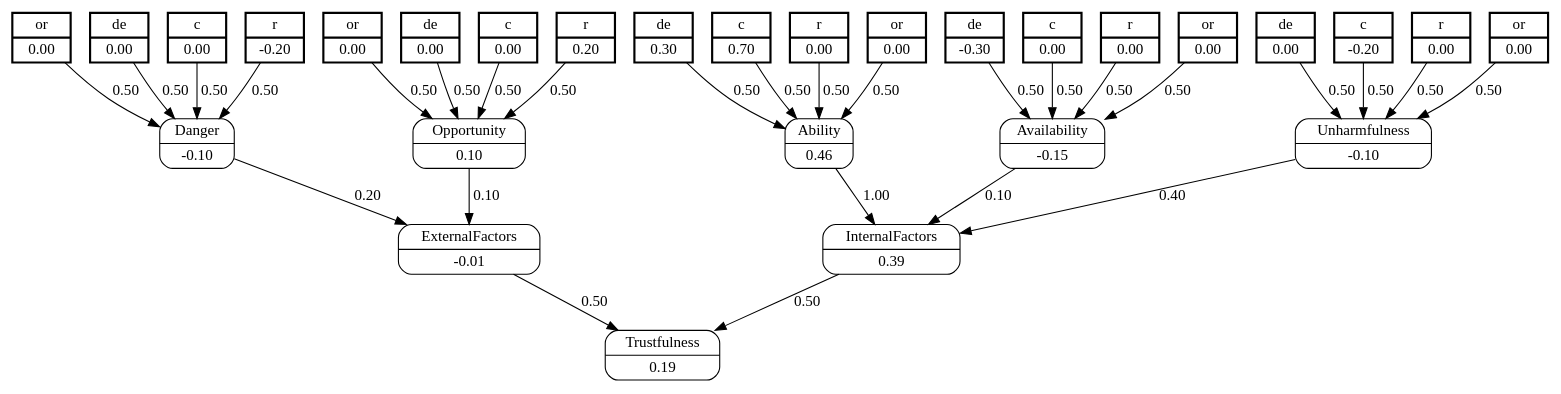
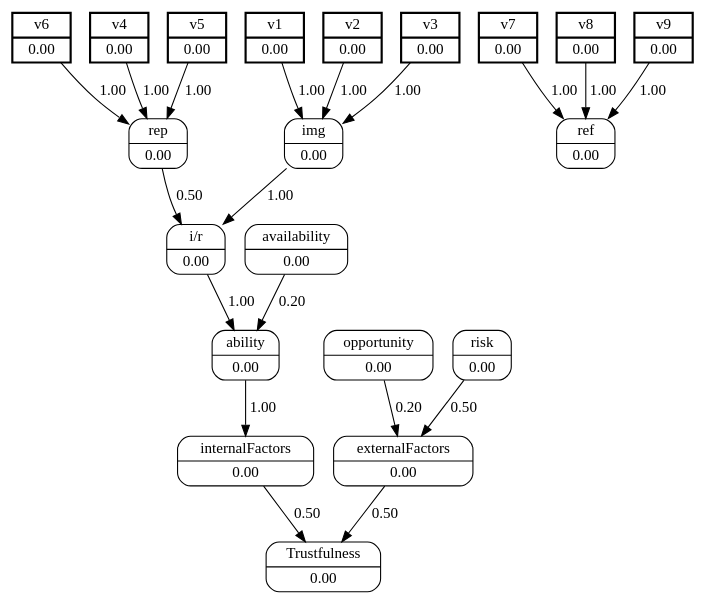
The diagram in trustExperiment/dots/fuzzyMap.dot (jjbaqueta/Trust-Model), drawn with Graphviz before and after one commit. The commit also changed 33 other files, not shown here.

```diff
--- a/trustExperiment/dots/fuzzyMap.dot
+++ b/trustExperiment/dots/fuzzyMap.dot
@@ -1,72 +1,46 @@
 digraph FCM_net{
 	node [shape=record, style=rounded]
-	0 [label="{de | 0.30}", style=bold, penwidth=2, peripheries=2];
-	1 [label="{c | 0.70}", style=bold, penwidth=2, peripheries=2];
-	2 [label="{r | 0.00}", style=bold, penwidth=2, peripheries=2];
-	3 [label="{or | 0.00}", style=bold, penwidth=2, peripheries=2];
-	4 [label="{de | -0.30}", style=bold, penwidth=2, peripheries=2];
-	5 [label="{c | 0.00}", style=bold, penwidth=2, peripheries=2];
-	6 [label="{r | 0.00}", style=bold, penwidth=2, peripheries=2];
-	7 [label="{or | 0.00}", style=bold, penwidth=2, peripheries=2];
-	8 [label="{de | 0.00}", style=bold, penwidth=2, peripheries=2];
-	9 [label="{c | -0.20}", style=bold, penwidth=2, peripheries=2];
-	10 [label="{r | 0.00}", style=bold, penwidth=2, peripheries=2];
-	11 [label="{or | 0.00}", style=bold, penwidth=2, peripheries=2];
-	12 [label="{de | 0.00}", style=bold, penwidth=2, peripheries=2];
-	13 [label="{c | 0.00}", style=bold, penwidth=2, peripheries=2];
-	14 [label="{r | 0.20}", style=bold, penwidth=2, peripheries=2];
-	15 [label="{or | 0.00}", style=bold, penwidth=2, peripheries=2];
-	16 [label="{de | 0.00}", style=bold, penwidth=2, peripheries=2];
-	17 [label="{c | 0.00}", style=bold, penwidth=2, peripheries=2];
-	18 [label="{r | -0.20}", style=bold, penwidth=2, peripheries=2];
-	19 [label="{or | 0.00}", style=bold, penwidth=2, peripheries=2];
-	0 [label="{de | 0.30}"];
-	1 [label="{c | 0.70}"];
-	2 [label="{r | 0.00}"];
-	3 [label="{or | 0.00}"];
-	4 [label="{de | -0.30}"];
-	5 [label="{c | 0.00}"];
-	6 [label="{r | 0.00}"];
-	8 [label="{de | 0.00}"];
-	9 [label="{c | -0.20}"];
-	10 [label="{r | 0.00}"];
-	12 [label="{de | 0.00}"];
-	13 [label="{c | 0.00}"];
-	14 [label="{r | 0.20}"];
-	16 [label="{de | 0.00}"];
-	20 [label="{Ability | 0.46}"];
-	21 [label="{Availability | -0.15}"];
-	22 [label="{Unharmfulness | -0.10}"];
-	23 [label="{Opportunity | 0.10}"];
-	24 [label="{Danger | -0.10}"];
-	25 [label="{ExternalFactors | -0.01}"];
-	26 [label="{InternalFactors | 0.39}"];
-	27 [label="{Trustfulness | 0.19}"];
-	0 -> 20 [label = "0.50"];
-	1 -> 20 [label = "0.50"];
-	2 -> 20 [label = "0.50"];
-	3 -> 20 [label = "0.50"];
-	4 -> 21 [label = "0.50"];
-	5 -> 21 [label = "0.50"];
-	6 -> 21 [label = "0.50"];
-	7 -> 21 [label = "0.50"];
-	8 -> 22 [label = "0.50"];
-	9 -> 22 [label = "0.50"];
-	10 -> 22 [label = "0.50"];
-	11 -> 22 [label = "0.50"];
-	12 -> 23 [label = "0.50"];
-	13 -> 23 [label = "0.50"];
-	14 -> 23 [label = "0.50"];
-	15 -> 23 [label = "0.50"];
-	16 -> 24 [label = "0.50"];
-	17 -> 24 [label = "0.50"];
-	18 -> 24 [label = "0.50"];
-	19 -> 24 [label = "0.50"];
-	20 -> 26 [label = "1.00"];
-	21 -> 26 [label = "0.10"];
-	22 -> 26 [label = "0.40"];
-	23 -> 25 [label = "0.10"];
-	24 -> 25 [label = "0.20"];
-	25 -> 27 [label = "0.50"];
-	26 -> 27 [label = "0.50"];
+	0 [label="{v1 | 0.00}", style=bold, penwidth=2, peripheries=2];
+	1 [label="{v2 | 0.00}", style=bold, penwidth=2, peripheries=2];
+	2 [label="{v3 | 0.00}", style=bold, penwidth=2, peripheries=2];
+	3 [label="{v4 | 0.00}", style=bold, penwidth=2, peripheries=2];
+	4 [label="{v5 | 0.00}", style=bold, penwidth=2, peripheries=2];
+	5 [label="{v6 | 0.00}", style=bold, penwidth=2, peripheries=2];
+	6 [label="{v7 | 0.00}", style=bold, penwidth=2, peripheries=2];
+	7 [label="{v8 | 0.00}", style=bold, penwidth=2, peripheries=2];
+	8 [label="{v9 | 0.00}", style=bold, penwidth=2, peripheries=2];
+	0 [label="{v1 | 0.00}"];
+	1 [label="{v2 | 0.00}"];
+	2 [label="{v3 | 0.00}"];
+	4 [label="{v5 | 0.00}"];
+	6 [label="{v7 | 0.00}"];
+	9 [label="{img | 0.00}"];
+	10 [label="{rep | 0.00}"];
+	11 [label="{ref | 0.00}"];
+	12 [label="{i/r | 0.00}"];
+	13 [label="{ability | 0.00}"];
+	14 [label="{availability | 0.00}"];
+	15 [label="{internalFactors | 0.00}"];
+	16 [label="{risk | 0.00}"];
+	17 [label="{opportunity | 0.00}"];
+	18 [label="{externalFactors | 0.00}"];
+	19 [label="{Trustfulness | 0.00}"];
+	0 -> 9 [label = "1.00"];
+	1 -> 9 [label = "1.00"];
+	2 -> 9 [label = "1.00"];
+	3 -> 10 [label = "1.00"];
+	4 -> 10 [label = "1.00"];
+	5 -> 10 [label = "1.00"];
+	6 -> 11 [label = "1.00"];
+	7 -> 11 [label = "1.00"];
+	8 -> 11 [label = "1.00"];
+	9 -> 12 [label = "1.00"];
+	10 -> 12 [label = "0.50"];
+	12 -> 13 [label = "1.00"];
+	14 -> 13 [label = "0.20"];
+	13 -> 15 [label = "1.00"];
+	16 -> 18 [label = "0.50"];
+	17 -> 18 [label = "0.20"];
+	15 -> 19 [label = "0.50"];
+	18 -> 19 [label = "0.50"];
 }
```
